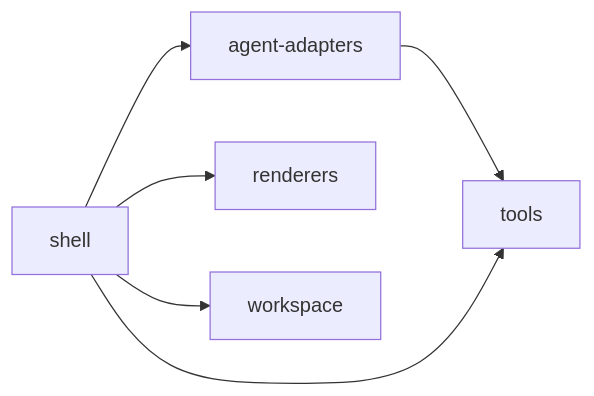
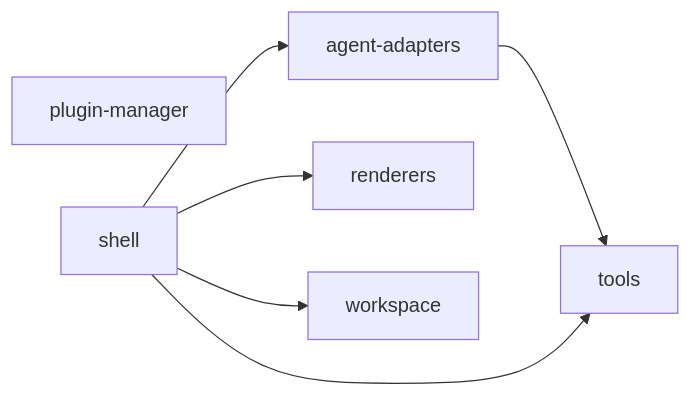
One commit to AlchemistCxC/Pylon-co-works changed the third of 7 diagrams in docs/说明书/Pylon-项目架构参考.md. Above: the diagram before and after it, drawn with Mermaid. The commit also changed other lines of this file and 5 other files, not shown here.

````diff
--- a/docs/说明书/Pylon-项目架构参考.md
+++ b/docs/说明书/Pylon-项目架构参考.md
@@ -144,11 +146,12 @@
 ```mermaid
 flowchart LR
   Tools["tools"]
   AgentAdapters["agent-adapters"] --> Tools
   Renderers["renderers"]
   Workspace["workspace"]
+  Manager["plugin-manager"]
   Shell["shell"] --> Tools
   Shell --> AgentAdapters
   Shell --> Renderers
   Shell --> Workspace
 ```
````
